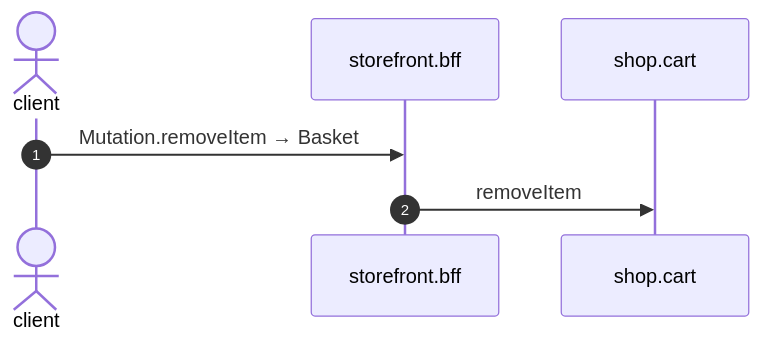
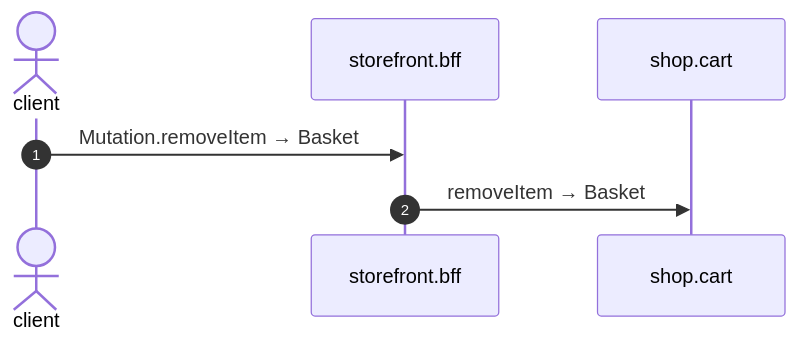
The diagram in docs/example/flows/bff-mutation-remove-item.md (shortlink-org/portolan), drawn with Mermaid before and after one commit. The commit also changed other lines of this file and 47 other files, not shown here.

````diff
--- a/docs/example/flows/bff-mutation-remove-item.md
+++ b/docs/example/flows/bff-mutation-remove-item.md
@@ -19,9 +19,9 @@
 ```mermaid
 sequenceDiagram
     autonumber
     actor p0 as client
     participant p1 as storefront.bff
     participant p2 as shop.cart
     p0->>p1: Mutation.removeItem → Basket
-    p1->>p2: removeItem
+    p1->>p2: removeItem → Basket
 ```
````
